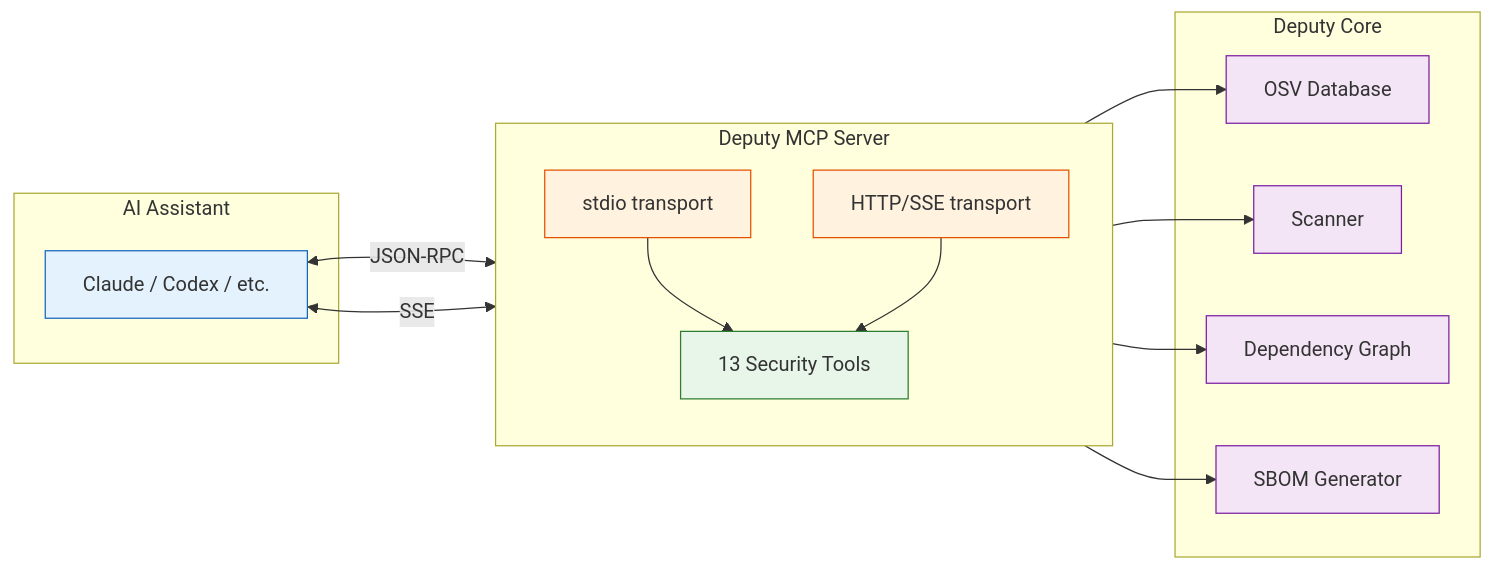
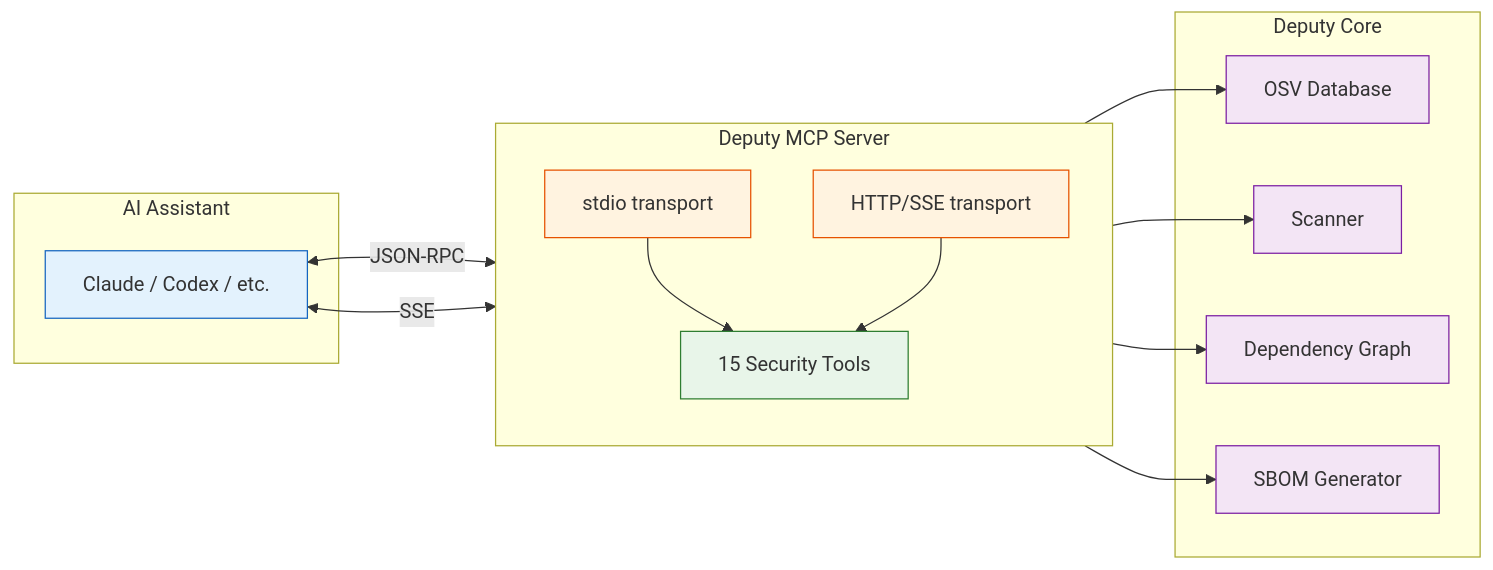
One commit to temporalio/deputy changed the diagram in docs/commands/mcp.md. Above: the diagram before and after it, drawn with Mermaid. The commit also changed other lines of this file and 222 other files, not shown here.

````diff
--- a/docs/commands/mcp.md
+++ b/docs/commands/mcp.md
@@ -22,36 +47,36 @@
 ```mermaid
 flowchart LR
     subgraph AI["AI Assistant"]
         Claude["Claude / Codex / etc."]
     end
 
     subgraph MCP["Deputy MCP Server"]
         direction TB
         Stdio["stdio transport"]
         HTTP["HTTP/SSE transport"]
-        Tools["13 Security Tools"]
+        Tools["15 Security Tools"]
         Stdio --> Tools
         HTTP --> Tools
     end
 
     subgraph Deputy["Deputy Core"]
         OSV["OSV Database"]
         Scan["Scanner"]
         Graph["Dependency Graph"]
         SBOM["SBOM Generator"]
     end
 
     Claude <-->|"JSON-RPC"| Stdio
     Claude <-->|"SSE"| HTTP
     Tools --> OSV & Scan & Graph & SBOM
 
     classDef ai fill:#e3f2fd,stroke:#1565c0
     classDef mcp fill:#e8f5e9,stroke:#2e7d32
     classDef core fill:#f3e5f5,stroke:#7b1fa2
     classDef transport fill:#fff3e0,stroke:#e65100
 
     class Claude ai
     class Tools mcp
     class Stdio,HTTP transport
     class OSV,Scan,Graph,SBOM core
 ```
````
